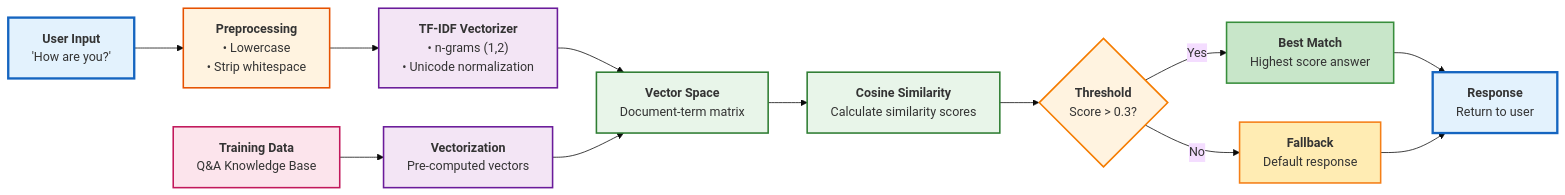
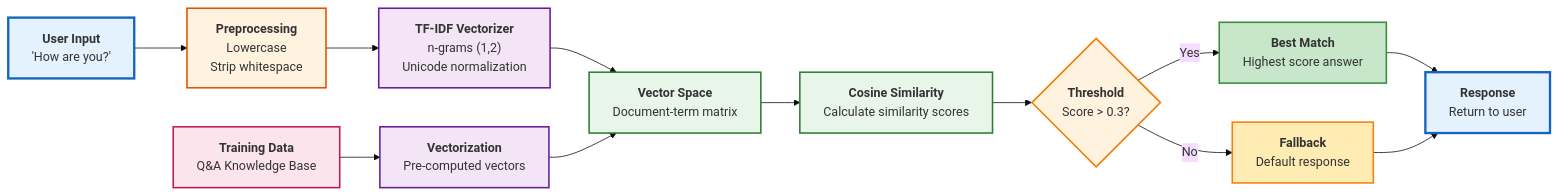
One commit to AlyonaCIA/FastAPI_Chatbot changed the fourth of 4 diagrams in README.md. Above: the diagram before and after it, drawn with Mermaid. The commit also changed other lines of this file, not shown here.

Commit message:
fix: remove emojis from mermaid diagrams to fix github rendering

````diff
--- a/README.md
+++ b/README.md
@@ -355,31 +355,31 @@
 ```mermaid
 %%{init: {'theme':'base'}}%%
 graph LR
-    A["<b>User Input</b><br/>'How are you?'"] --> B["<b>Preprocessing</b><br/>• Lowercase<br/>• Strip whitespace"]
-    B --> C["<b>TF-IDF Vectorizer</b><br/>• n-grams (1,2)<br/>• Unicode normalization"]
+    A["<b>User Input</b><br/>'How are you?'"] --> B["<b>Preprocessing</b><br/>Lowercase<br/>Strip whitespace"]
+    B --> C["<b>TF-IDF Vectorizer</b><br/>n-grams (1,2)<br/>Unicode normalization"]
     C --> D["<b>Vector Space</b><br/>Document-term matrix"]
     
     E["<b>Training Data</b><br/>Q&A Knowledge Base"] --> F["<b>Vectorization</b><br/>Pre-computed vectors"]
     F --> D
     
     D --> G["<b>Cosine Similarity</b><br/>Calculate similarity scores"]
     G --> H{"<b>Threshold</b><br/>Score > 0.3?"}
     
     H -->|Yes| I["<b>Best Match</b><br/>Highest score answer"]
     H -->|No| J["<b>Fallback</b><br/>Default response"]
     
     I --> K["<b>Response</b><br/>Return to user"]
     J --> K
     
     style A fill:#e3f2fd,stroke:#1565c0,stroke-width:3px
     style B fill:#fff3e0,stroke:#e65100,stroke-width:2px
     style C fill:#f3e5f5,stroke:#6a1b9a,stroke-width:2px
     style D fill:#e8f5e9,stroke:#2e7d32,stroke-width:2px
     style E fill:#fce4ec,stroke:#c2185b,stroke-width:2px
     style F fill:#f3e5f5,stroke:#6a1b9a,stroke-width:2px
     style G fill:#e8f5e9,stroke:#2e7d32,stroke-width:2px
     style H fill:#fff3e0,stroke:#f57c00,stroke-width:2px
     style I fill:#c8e6c9,stroke:#388e3c,stroke-width:2px
     style J fill:#ffecb3,stroke:#f57f17,stroke-width:2px
     style K fill:#e3f2fd,stroke:#1565c0,stroke-width:3px
 ```
````
